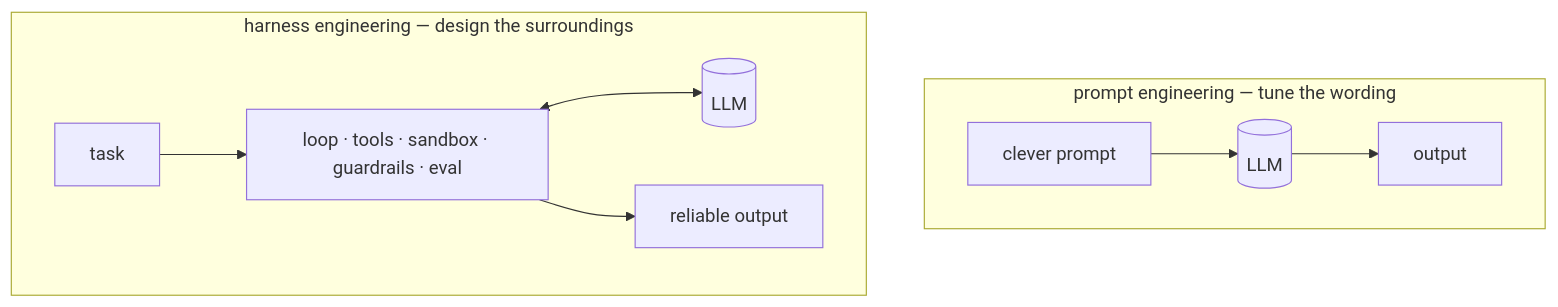
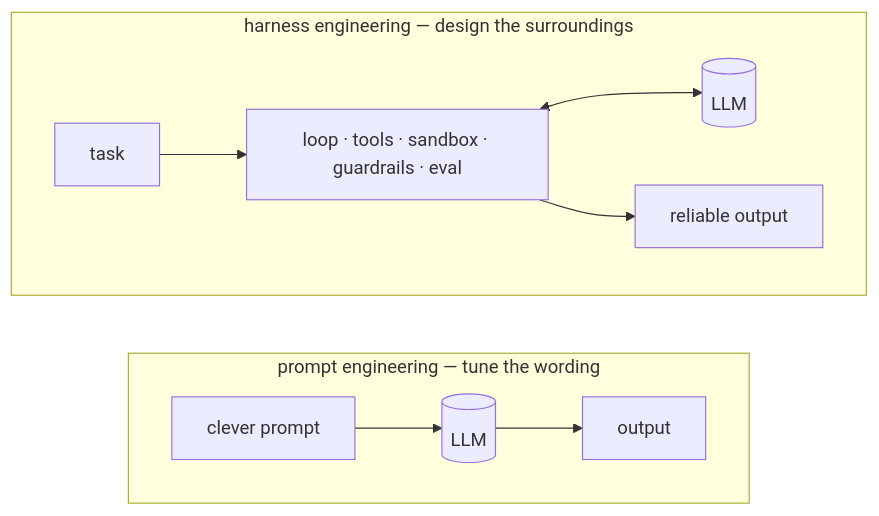
Before and after one commit to CodeCompose7/awesome-ai-stack: the second of 2 diagrams in src/content/concepts/en/harness-engineering.mdx, drawn with Mermaid. The commit also changed 1 other file, not shown here.

Commit message:
content(concepts): lay the compare diagram left-to-right
Switch the prompt-vs-harness diagram to flowchart LR so the two
subgraphs sit side by side.

````diff
--- a/src/content/concepts/en/harness-engineering.mdx
+++ b/src/content/concepts/en/harness-engineering.mdx
@@ -48,13 +48,13 @@
 ```mermaid
-flowchart TB
+flowchart LR
   subgraph pe ["prompt engineering — tune the wording"]
     direction LR
     a1["clever prompt"] --> a2[("LLM")] --> a3["output"]
   end
   subgraph he ["harness engineering — design the surroundings"]
     direction LR
     b1["task"] --> b2["loop · tools · sandbox · guardrails · eval"]
     b2 <--> b3[("LLM")]
     b2 --> b4["reliable output"]
   end
 ```
````
